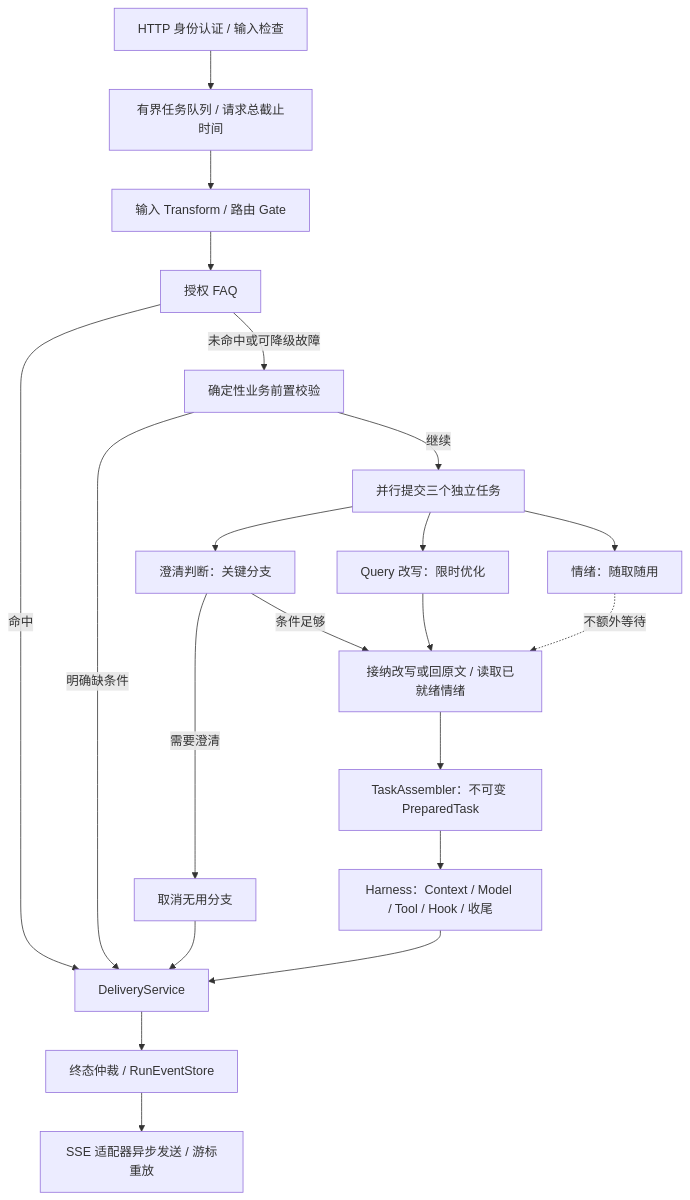
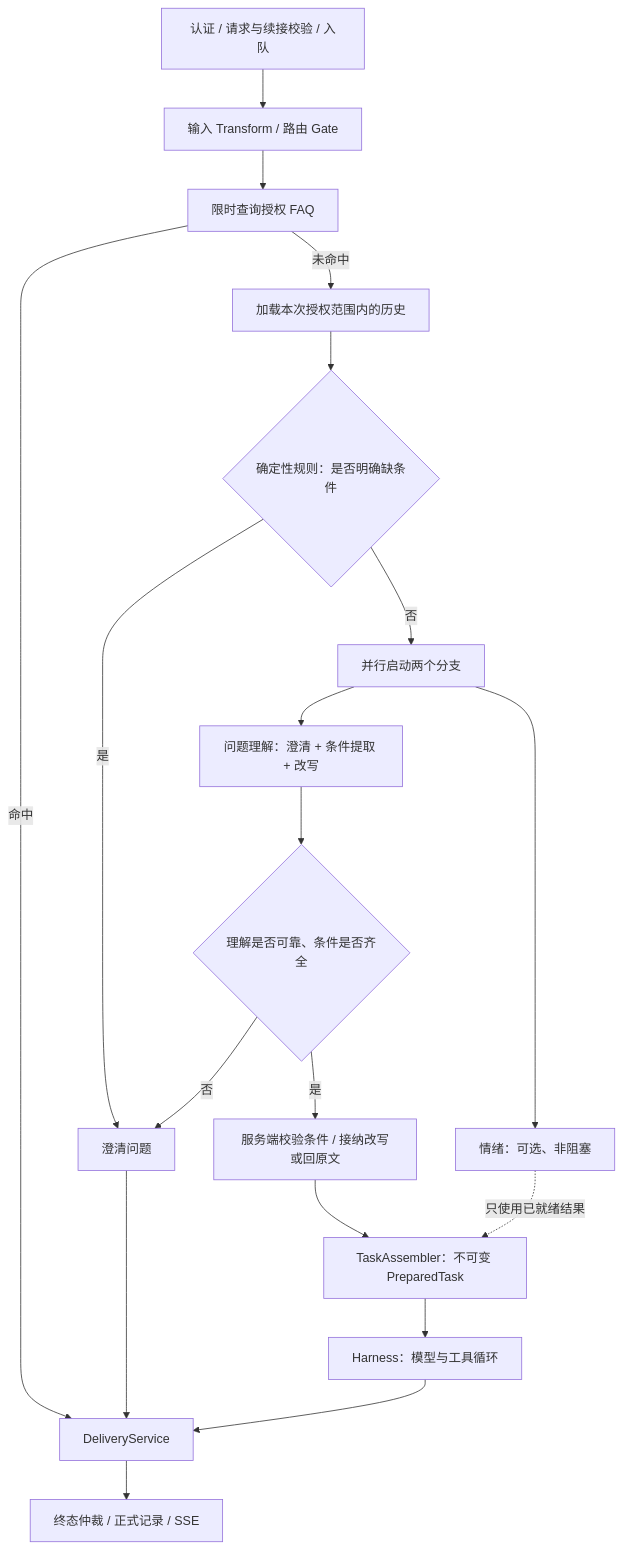
Before and after one commit to blackirlsama/DokiTV: the diagram in tianmu-agent/docs/统一入口与并行预处理.md, drawn with Mermaid. The commit also changed other lines of this file and 45 other files, not shown here.

````diff
--- a/tianmu-agent/docs/统一入口与并行预处理.md
+++ b/tianmu-agent/docs/统一入口与并行预处理.md
@@ -7,23 +7,21 @@
 ```mermaid
 flowchart TD
-  A[HTTP 身份认证 / 输入检查] --> B[有界任务队列 / 请求总截止时间]
-  B --> C[输入 Transform / 路由 Gate]
-  C --> F[授权 FAQ]
-  F -->|命中| D[DeliveryService]
-  F -->|未命中或可降级故障| V[确定性业务前置校验]
-  V -->|明确缺条件| D
-  V -->|继续| P[并行提交三个独立任务]
-  P --> Q[澄清判断：关键分支]
-  P --> R[Query 改写：限时优化]
-  P --> E[情绪：随取随用]
-  Q -->|需要澄清| X[取消无用分支]
-  X --> D
-  Q -->|条件足够| J[接纳改写或回原文 / 读取已就绪情绪]
-  R --> J
-  E -.不额外等待.-> J
-  J --> T[TaskAssembler：不可变 PreparedTask]
-  T --> H[Harness：Context / Model / Tool / Hook / 收尾]
-  H --> D
-  D --> S[终态仲裁 / RunEventStore]
-  S --> N[SSE 适配器异步发送 / 游标重放]
+    A["认证 / 请求与续接校验 / 入队"] --> B["输入 Transform / 路由 Gate"]
+    B --> C["限时查询授权 FAQ"]
+    C -->|命中| D["DeliveryService"]
+    C -->|未命中| M["加载本次授权范围内的历史"]
+    M --> R{"确定性规则：是否明确缺条件"}
+    R -->|是| Q["澄清问题"]
+    R -->|否| P["并行启动两个分支"]
+    P --> U["问题理解：澄清 + 条件提取 + 改写"]
+    P --> E["情绪：可选、非阻塞"]
+    U --> V{"理解是否可靠、条件是否齐全"}
+    V -->|否| Q
+    V -->|是| W["服务端校验条件 / 接纳改写或回原文"]
+    W --> T["TaskAssembler：不可变 PreparedTask"]
+    E -.只使用已就绪结果.-> T
+    T --> H["Harness：模型与工具循环"]
+    H --> D
+    Q --> D
+    D --> S["终态仲裁 / 正式记录 / SSE"]
 ```
````
